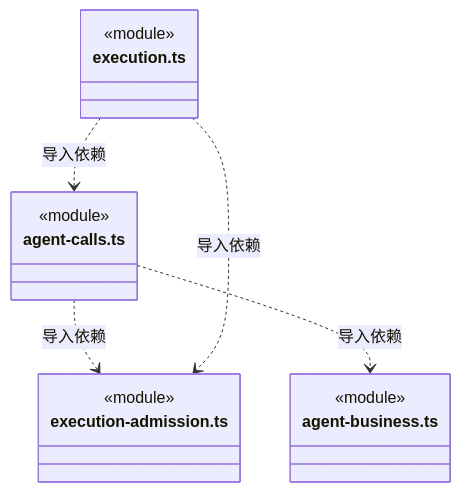
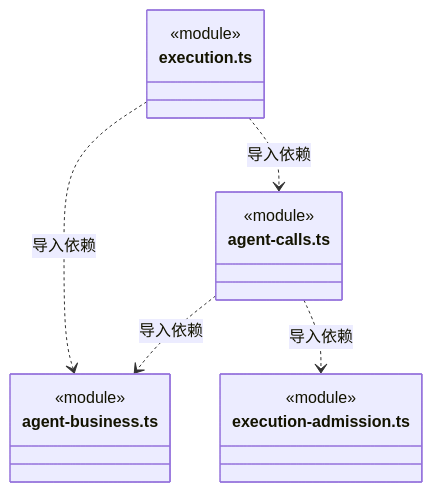
One commit to nan023062/cbim changed the tenth of 11 diagrams in src/logic/application/assembly/ARCHITECTURE.md. Above: the diagram before and after it, drawn with Mermaid. The commit also changed other lines of this file and 112 other files, not shown here.

Commit message:
docs: align source architecture with current declarations and contracts

````diff
--- a/src/logic/application/assembly/ARCHITECTURE.md
+++ b/src/logic/application/assembly/ARCHITECTURE.md
@@ -320,19 +320,19 @@
 ```mermaid
 classDiagram
 class N_src_logic_application_assembly_agent_calls_ts["agent-calls.ts"] {
   <<module>>
 }
 class N_src_logic_application_assembly_agent_business_ts["agent-business.ts"] {
   <<module>>
 }
 class N_src_logic_application_assembly_execution_admission_ts["execution-admission.ts"] {
   <<module>>
 }
 class N_src_logic_application_assembly_execution_ts["execution.ts"] {
   <<module>>
 }
 N_src_logic_application_assembly_agent_calls_ts ..> N_src_logic_application_assembly_agent_business_ts : 导入依赖
 N_src_logic_application_assembly_agent_calls_ts ..> N_src_logic_application_assembly_execution_admission_ts : 导入依赖
-N_src_logic_application_assembly_execution_ts ..> N_src_logic_application_assembly_execution_admission_ts : 导入依赖
+N_src_logic_application_assembly_execution_ts ..> N_src_logic_application_assembly_agent_business_ts : 导入依赖
 N_src_logic_application_assembly_execution_ts ..> N_src_logic_application_assembly_agent_calls_ts : 导入依赖
 ```
````
